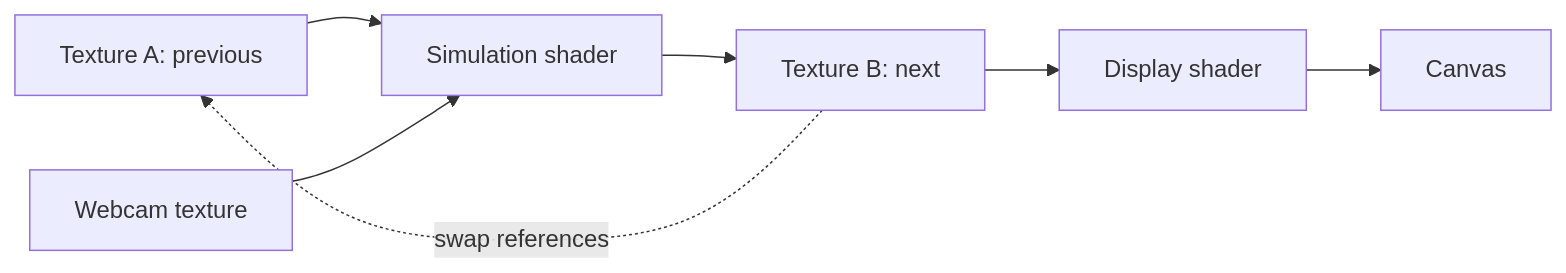
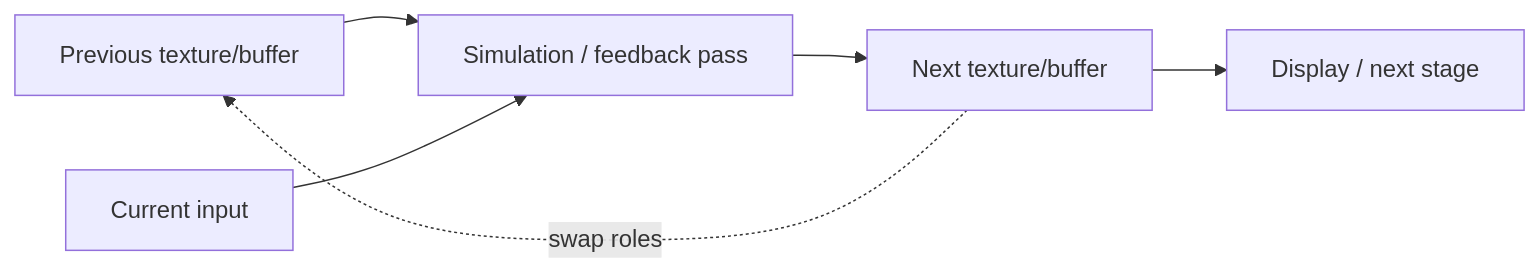
The fifth of 5 diagrams in docs/ARCHITECTURE.md (schwwaaa/junkpile), drawn with Mermaid before and after one commit. The commit also changed other lines of this file and 40 other files, not shown here.

````diff
--- a/docs/ARCHITECTURE.md
+++ b/docs/ARCHITECTURE.md
@@ -110,9 +91,8 @@
 ```mermaid
 flowchart LR
-  A[Texture A: previous] --> Sim[Simulation shader]
-  Cam[Webcam texture] --> Sim
-  Sim --> B[Texture B: next]
-  B --> Display[Display shader]
-  Display --> Screen[Canvas]
-  B -. swap references .-> A
+  A[Previous texture/buffer] --> Pass[Simulation / feedback pass]
+  Source[Current input] --> Pass
+  Pass --> B[Next texture/buffer]
+  B --> Display[Display / next stage]
+  B -. swap roles .-> A
 ```
````
